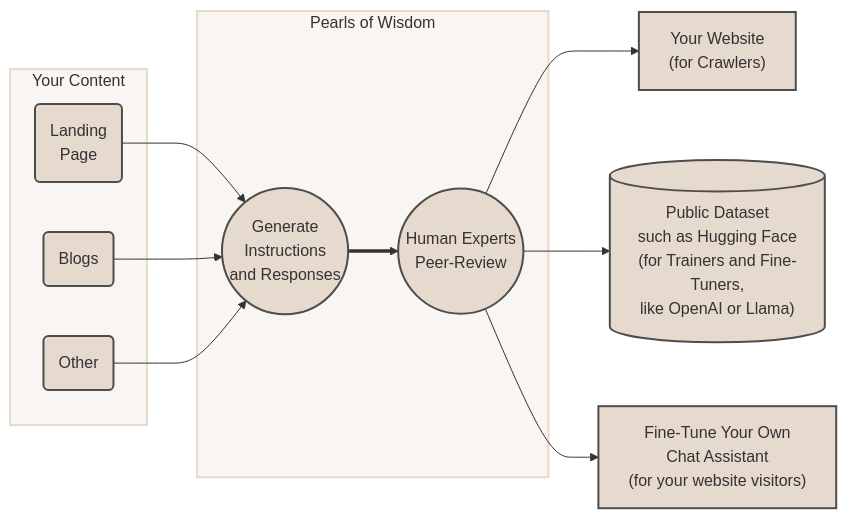
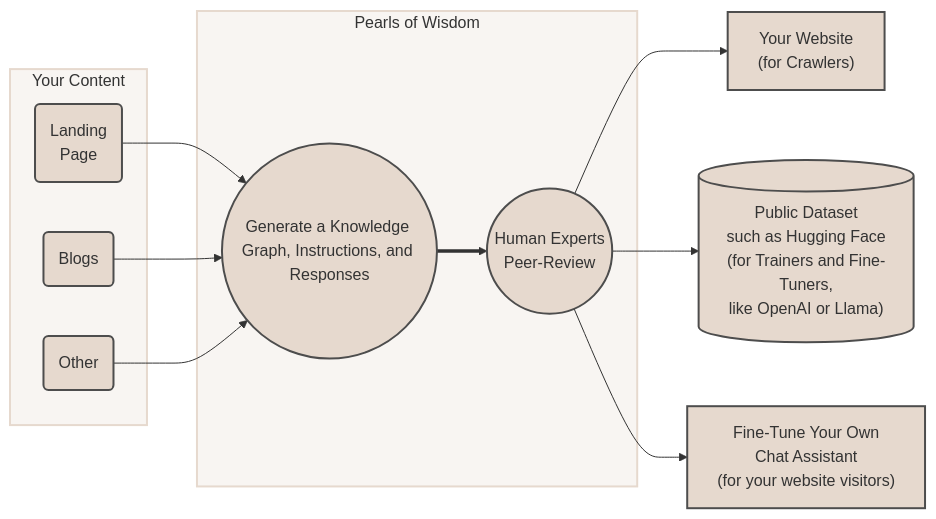
Before and after one commit to kirilligum/prls.co: the diagram in diagrams/userflow.mmd, drawn with Mermaid. The commit also changed 5 other files, not shown here.

```diff
--- a/diagrams/userflow.mmd
+++ b/diagrams/userflow.mmd
@@ -1,30 +1,30 @@
 graph LR
   style yc fill:#f8f5f2,stroke:#e6d9ce,stroke-width:2px
   style pow fill:#f8f5f2,stroke:#e6d9ce,stroke-width:2px
   style lp fill:#e6d9ce,stroke:#4d4d4d,stroke-width:2px
   style b fill:#e6d9ce,stroke:#4d4d4d,stroke-width:2px
   style other fill:#e6d9ce,stroke:#4d4d4d,stroke-width:2px
   style g fill:#e6d9ce,stroke:#4d4d4d,stroke-width:2px
   style h fill:#e6d9ce,stroke:#4d4d4d,stroke-width:2px
   style page fill:#e6d9ce,stroke:#4d4d4d,stroke-width:2px
   style pubhf fill:#e6d9ce,stroke:#4d4d4d,stroke-width:2px
   style cllm fill:#e6d9ce,stroke:#4d4d4d,stroke-width:2px
 subgraph yc[Your Content]
   lp("Landing<br/>Page")
   b(Blogs)
   other(Other)
 end
 subgraph pow[Pearls of Wisdom]
-  g(("Generate<br/>Instructions<br/>and Responses"))
+  g(("Generate a Knowledge Graph, Instructions, and Responses"))
   h(("Human Experts<br/>Peer-Review"))
 end
 page["Your Website<br/>(for Crawlers)"]
 pubhf[("Public Dataset<br/>such as Hugging Face<br/>(for Trainers and Fine-Tuners,<br/>like OpenAI or Llama)")]
 cllm["Fine-Tune Your Own<br/>Chat Assistant<br/>(for your website visitors)"]
 lp-->g
 b-->g
 other-->g
 g==>h
 h-->page
 h-->pubhf
 h-->cllm
```
